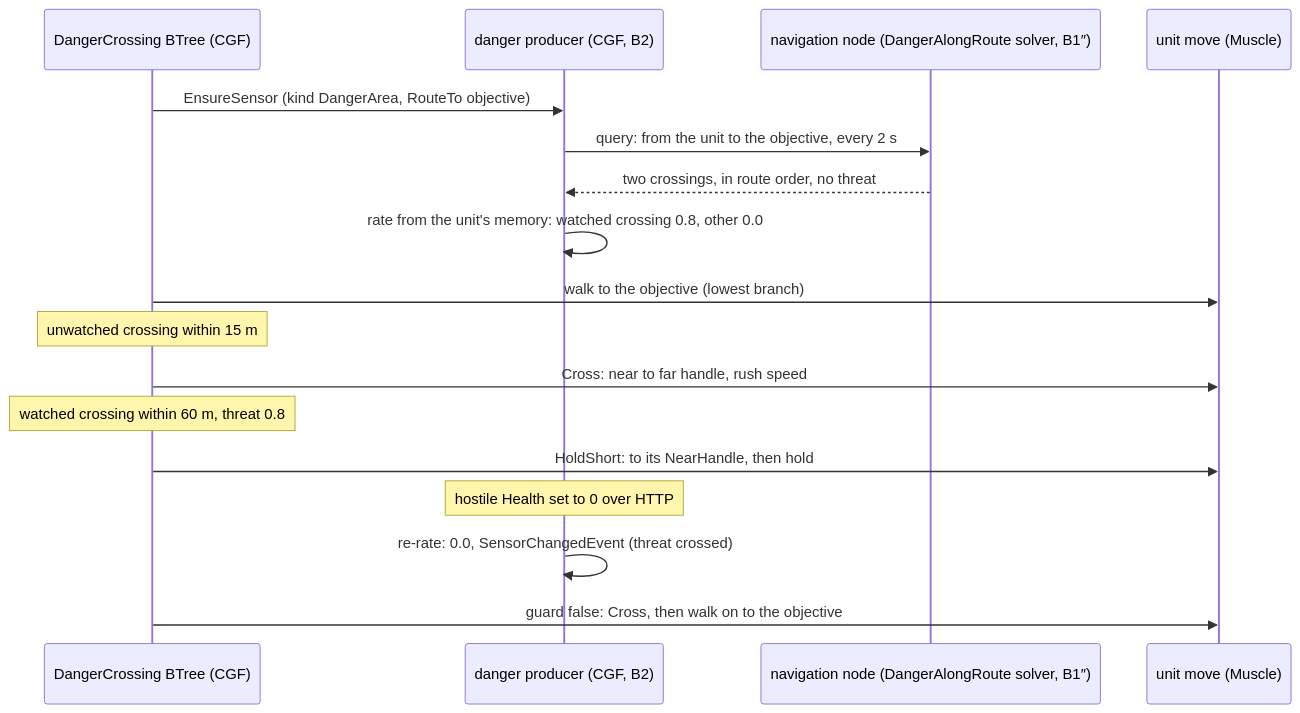
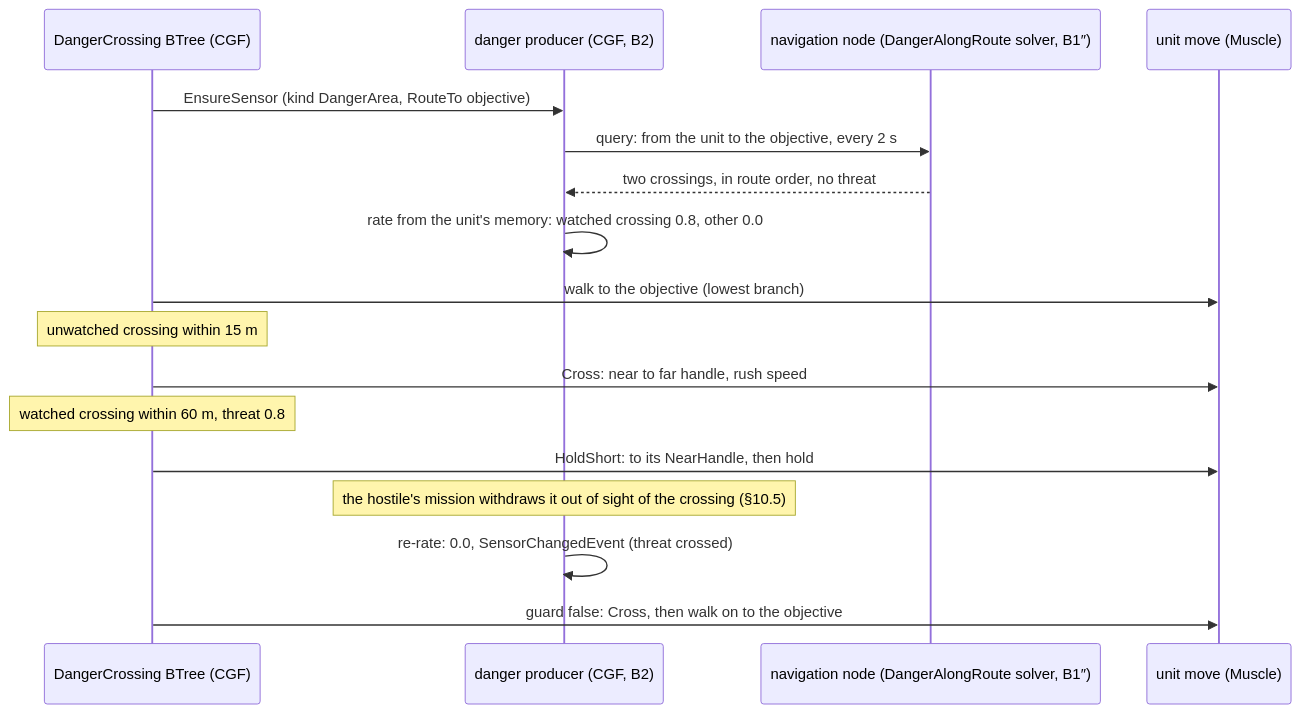
Before and after one commit to pjanec/HROT: diagram 11 of 13 in docs/DESIGN_Utility_AI_Demo_Scenarios.md, drawn with Mermaid. The commit also changed other lines of this file and 2 other files, not shown here.

First line of the commit message:
docs(CE-3079/3080): §10.5 the danger demo runs on its own — the hostile's two-task mission (Sentry → MoveToLocation), ThreatsAtLeast gains WithinMetres; finding CE-3080: a killed unit still reads as armed

````diff
--- a/docs/DESIGN_Utility_AI_Demo_Scenarios.md
+++ b/docs/DESIGN_Utility_AI_Demo_Scenarios.md
@@ -629,19 +629,19 @@
 ```mermaid
 sequenceDiagram
   participant B as DangerCrossing BTree (CGF)
   participant P as danger producer (CGF, B2)
   participant N as navigation node (DangerAlongRoute solver, B1″)
   participant M as unit move (Muscle)
   B->>P: EnsureSensor (kind DangerArea, RouteTo objective)
   P->>N: query: from the unit to the objective, every 2 s
   N-->>P: two crossings, in route order, no threat
   P->>P: rate from the unit's memory: watched crossing 0.8, other 0.0
   B->>M: walk to the objective (lowest branch)
   Note over B: unwatched crossing within 15 m
   B->>M: Cross: near to far handle, rush speed
   Note over B: watched crossing within 60 m, threat 0.8
   B->>M: HoldShort: to its NearHandle, then hold
-  Note over P: hostile Health set to 0 over HTTP
+  Note over P: the hostile's mission withdraws it out of sight of the crossing (§10.5)
   P->>P: re-rate: 0.0, SensorChangedEvent (threat crossed)
   B->>M: guard false: Cross, then walk on to the objective
 ```
````
